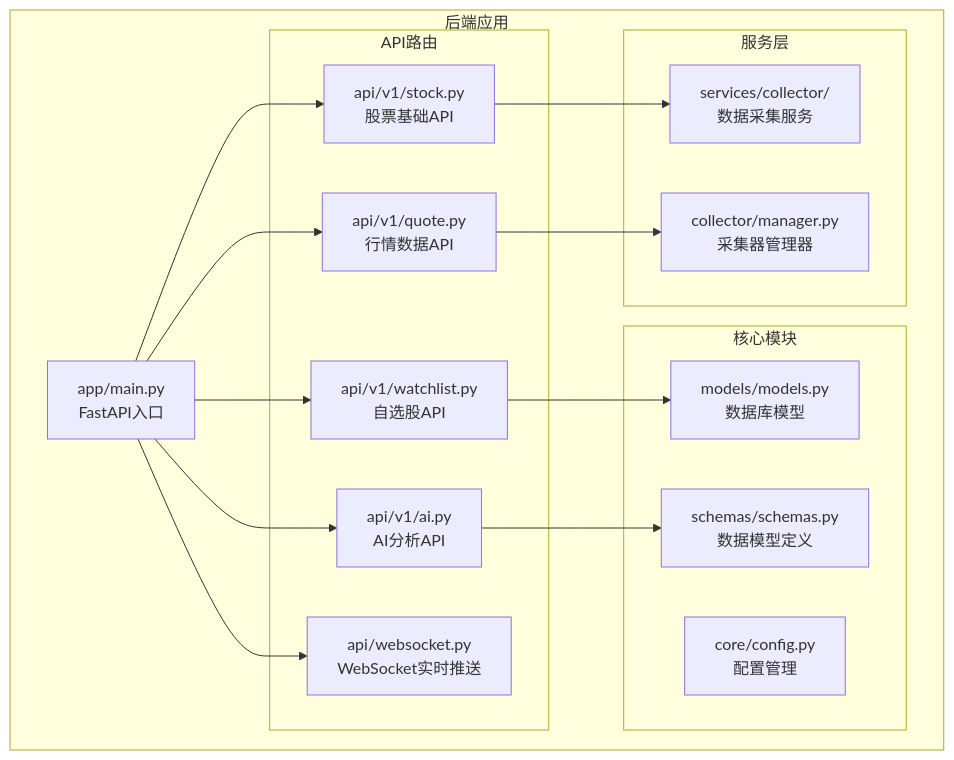
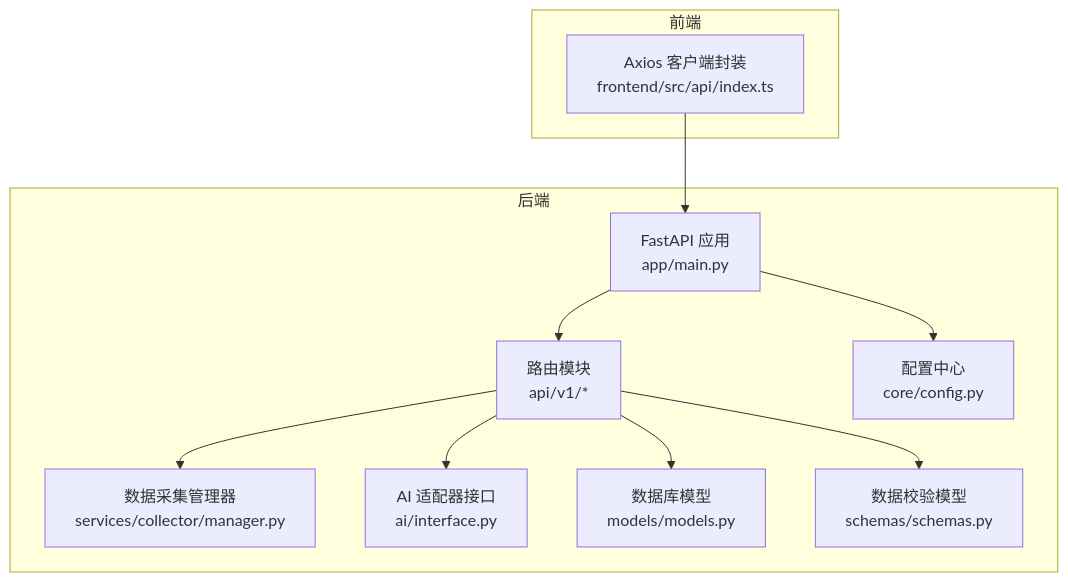
The first of 4 diagrams in .qoder/repowiki/zh/content/API接口文档/API接口文档.md (We3le7/stock-view), drawn with Mermaid before and after one commit. The commit also changed other lines of this file and 142 other files, not shown here.

````diff
--- a/.qoder/repowiki/zh/content/API接口文档/API接口文档.md
+++ b/.qoder/repowiki/zh/content/API接口文档/API接口文档.md
@@ -42,31 +45,22 @@
 ```mermaid
 graph TB
-subgraph "后端应用"
-Main[app/main.py<br/>FastAPI入口]
-subgraph "API路由"
-Quote[api/v1/quote.py<br/>行情数据API]
-Stock[api/v1/stock.py<br/>股票基础API]
-Watchlist[api/v1/watchlist.py<br/>自选股API]
-AI[api/v1/ai.py<br/>AI分析API]
-WS[api/websocket.py<br/>WebSocket实时推送]
+subgraph "后端"
+A["FastAPI 应用<br/>app/main.py"]
+B["路由模块<br/>api/v1/*"]
+C["数据采集管理器<br/>services/collector/manager.py"]
+D["AI 适配器接口<br/>ai/interface.py"]
+E["数据库模型<br/>models/models.py"]
+F["数据校验模型<br/>schemas/schemas.py"]
+G["配置中心<br/>core/config.py"]
 end
-subgraph "核心模块"
-Schemas[schemas/schemas.py<br/>数据模型定义]
-Models[models/models.py<br/>数据库模型]
-Config[core/config.py<br/>配置管理]
+subgraph "前端"
+H["Axios 客户端封装<br/>frontend/src/api/index.ts"]
 end
-subgraph "服务层"
-Collector[services/collector/<br/>数据采集服务]
-Manager[collector/manager.py<br/>采集器管理器]
-end
-end
-Main --> Quote
-Main --> Stock
-Main --> Watchlist
-Main --> AI
-Main --> WS
-Quote --> Manager
-Stock --> Collector
-Watchlist --> Models
-AI --> Schemas
+A --> B
+B --> C
+B --> D
+B --> E
+B --> F
+A --> G
+H --> A
 ```
````
